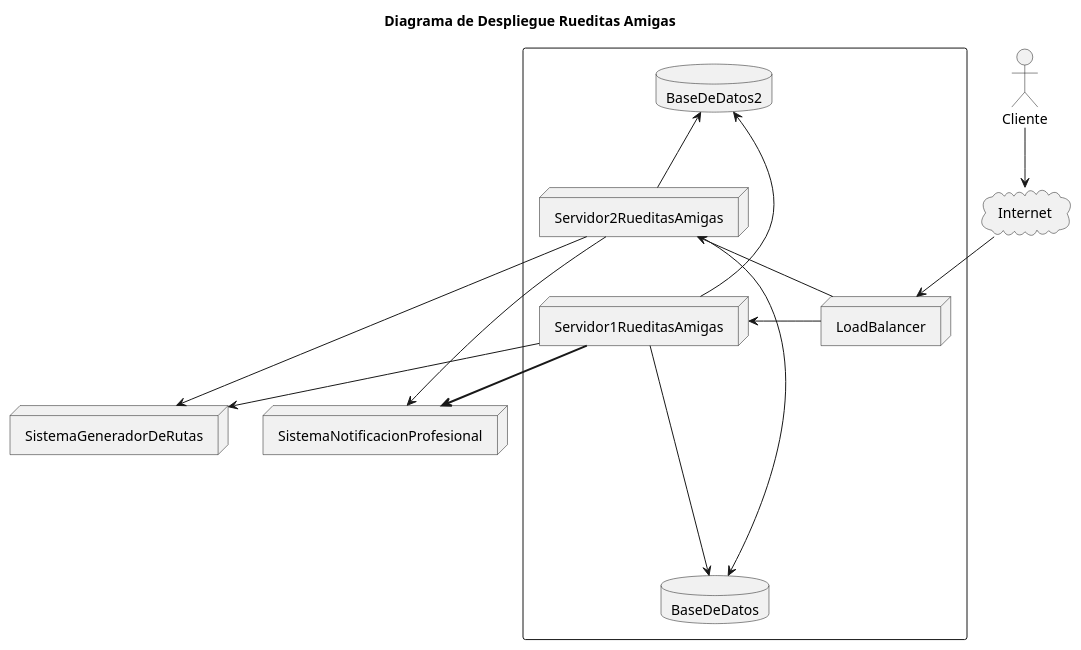
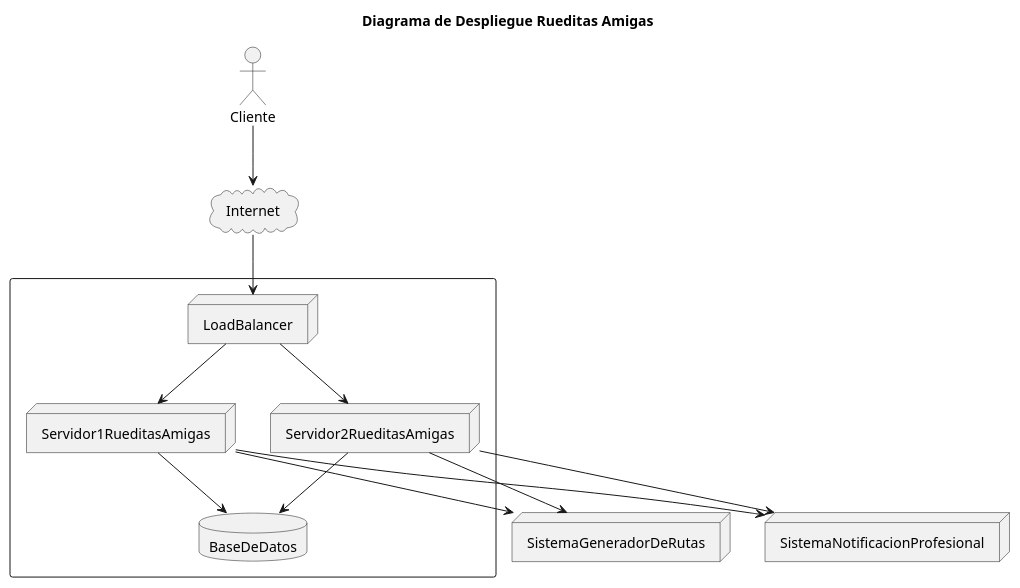
Before and after one commit to lrizzitano/RueditasAmigasDespliegue: the diagram in diagrams/DiagramaDeDespliegue.puml, drawn with PlantUML.

Commit message:
revierto al diagrama original

```diff
--- a/diagrams/DiagramaDeDespliegue.puml
+++ b/diagrams/DiagramaDeDespliegue.puml
@@ -1,34 +1,31 @@
 @startuml
 'https://plantuml.com/deployment-diagram
 
 title Diagrama de Despliegue Rueditas Amigas
 
 node "SistemaGeneradorDeRutas"
 actor "Cliente"
 cloud "Internet"
 node "SistemaNotificacionProfesional"
 
 
 rectangle  {
 node "LoadBalancer"
 node "Servidor1RueditasAmigas"
 node "Servidor2RueditasAmigas"
 database "BaseDeDatos"
-database "BaseDeDatos2"
 }
 
 "LoadBalancer" -> "Servidor1RueditasAmigas"
-"Servidor2RueditasAmigas" <-- "LoadBalancer"
-"Servidor1RueditasAmigas" -r-> "BaseDeDatos"
-"Servidor1RueditasAmigas" -l-> "BaseDeDatos2"
-"Servidor2RueditasAmigas" -----> "BaseDeDatos"
-"Servidor2RueditasAmigas" -up-> "BaseDeDatos2"
-"Servidor1RueditasAmigas" -[bold]-> "SistemaNotificacionProfesional"
+"LoadBalancer" --> "Servidor2RueditasAmigas"
+"Servidor1RueditasAmigas" --> "BaseDeDatos"
+"Servidor2RueditasAmigas" --> "BaseDeDatos"
+"Servidor1RueditasAmigas" --> "SistemaNotificacionProfesional"
 "Servidor2RueditasAmigas" --> "SistemaNotificacionProfesional"
 "Servidor1RueditasAmigas" --> "SistemaGeneradorDeRutas"
 "Servidor2RueditasAmigas" --> "SistemaGeneradorDeRutas"
 "Cliente" --> "Internet"
 "Internet" --> "LoadBalancer"
 
 
 @enduml
```
